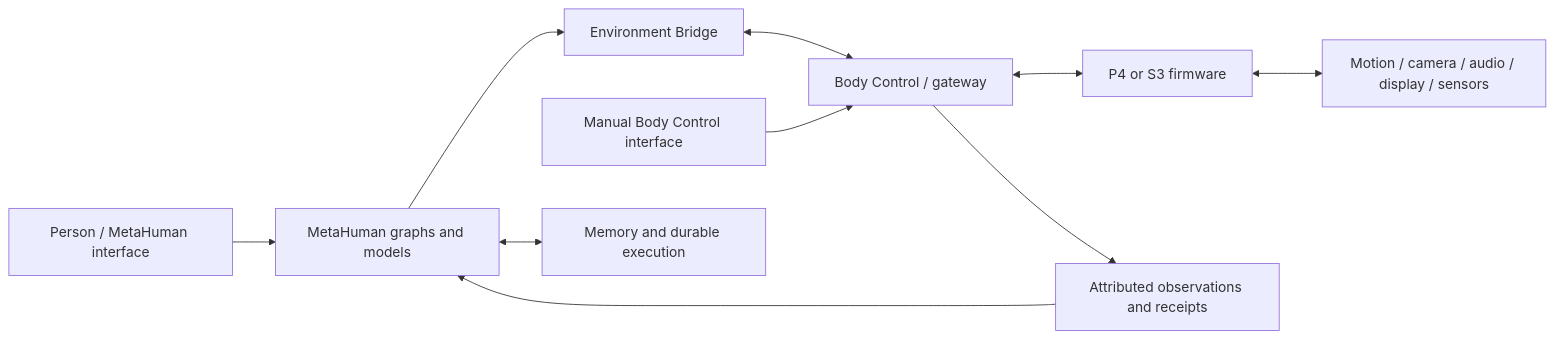
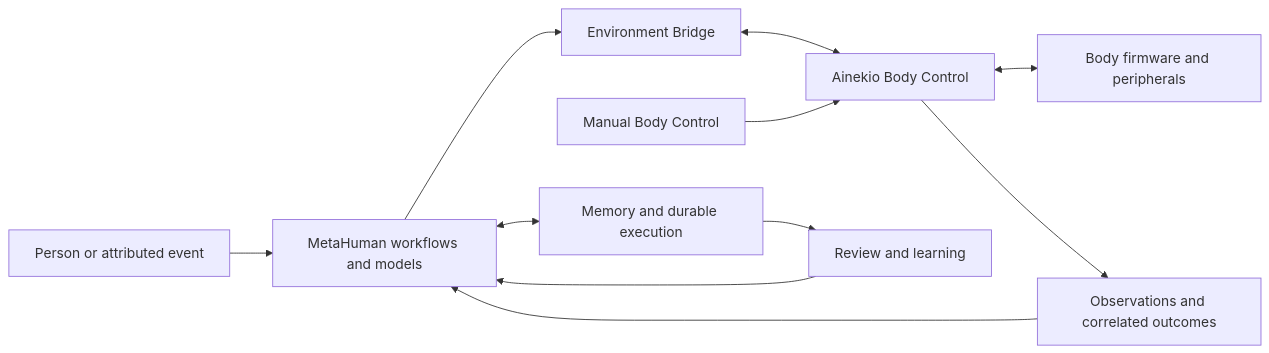
One commit to Greg-Aster/metahuman-os changed the diagram in docs/robot/ROBOT_BIBLE.md. Above: the diagram before and after it, drawn with Mermaid. The commit also changed other lines of this file and 5 other files, not shown here.

````diff
--- a/docs/robot/ROBOT_BIBLE.md
+++ b/docs/robot/ROBOT_BIBLE.md
@@ -199,12 +83,13 @@
 ```mermaid
 flowchart LR
-    U[Person / MetaHuman interface] --> M[MetaHuman graphs and models]
+    U[Person or attributed event] --> M[MetaHuman workflows and models]
     M --> E[Environment Bridge]
-    E <--> G[Body Control / gateway]
-    H[Manual Body Control interface] --> G
-    G <--> P[P4 or S3 firmware]
-    P <--> B[Motion / camera / audio / display / sensors]
-    G --> O[Attributed observations and receipts]
+    E <--> G[Ainekio Body Control]
+    H[Manual Body Control] --> G
+    G <--> P[Body firmware and peripherals]
+    G --> O[Observations and correlated outcomes]
     O --> M
     M <--> R[Memory and durable execution]
+    R --> L[Review and learning]
+    L --> M
 ```
````
